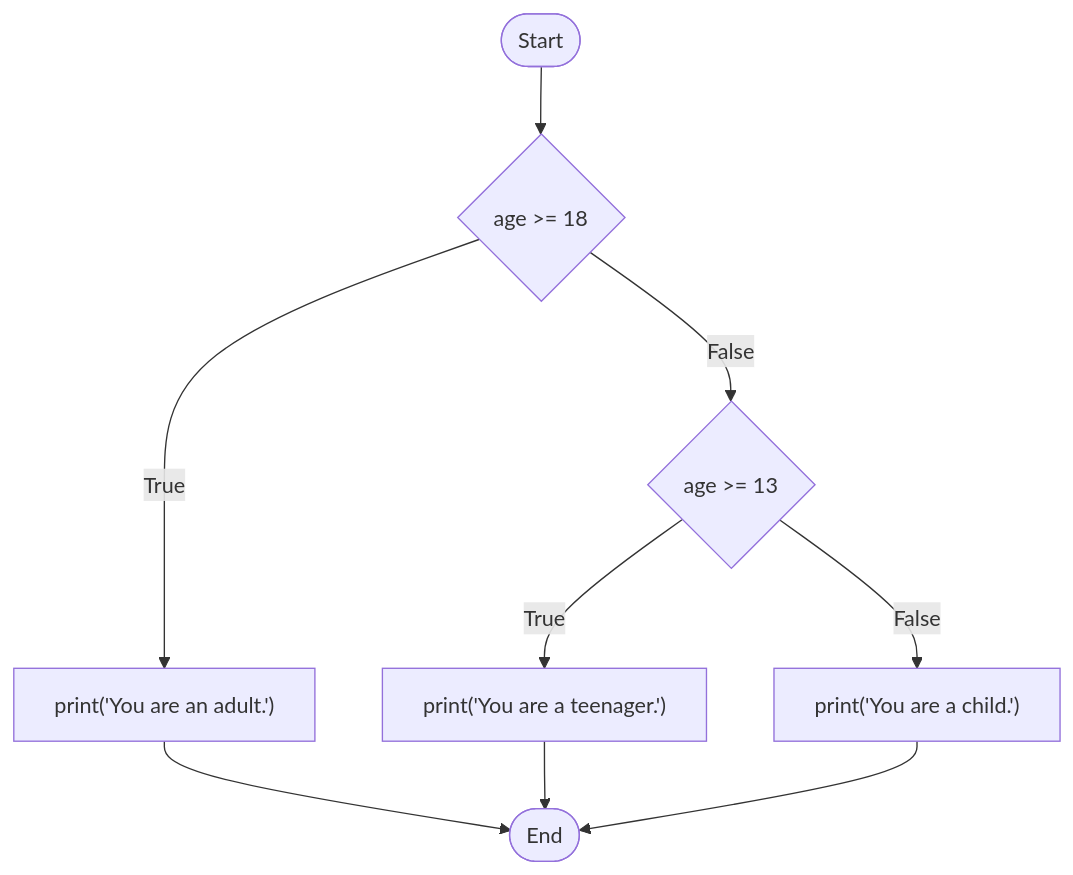
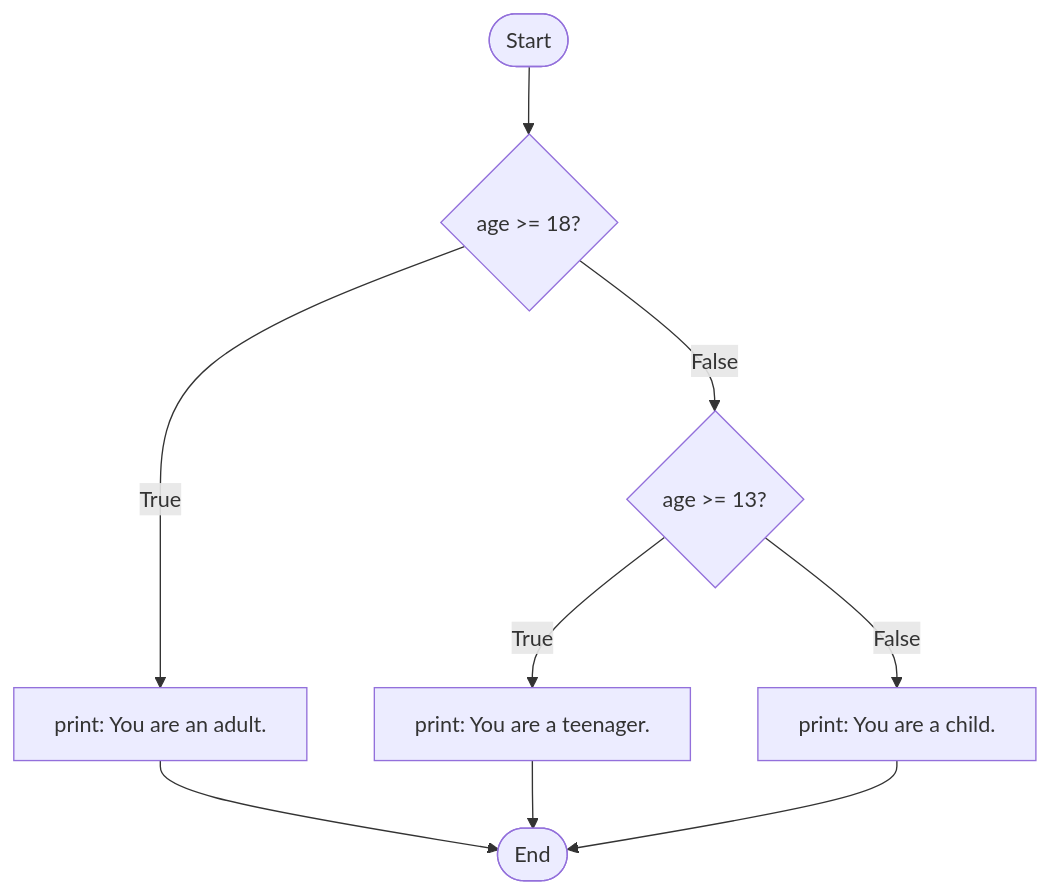
One commit to kevinju0827/Python-Zero-to-One changed the diagram in M03ConditionalLogic/README.md. Above: the diagram before and after it, drawn with Mermaid. The commit also changed other lines of this file and 49 other files, not shown here.

````diff
--- a/M03ConditionalLogic/README.md
+++ b/M03ConditionalLogic/README.md
@@ -45,15 +68,11 @@
 ```mermaid
 graph TD
-    Start([Start]) --> CheckIf{"age >= 18"}
-    
-    CheckIf -- True --> Adult["print('You are an adult.')"]
-    CheckIf -- False --> CheckElif{"age >= 13"}
-    
-    CheckElif -- True --> Teen["print('You are a teenager.')"]
-    CheckElif -- False --> Child["print('You are a child.')"]
-    
-    Adult --> Finish([End])
-    Teen --> Finish
-    Child --> Finish
-
+    Start([Start]) --> A{"age >= 18?"}
+    A -- True --> B["print: You are an adult."]
+    A -- False --> C{"age >= 13?"}
+    C -- True --> D["print: You are a teenager."]
+    C -- False --> E["print: You are a child."]
+    B --> End([End])
+    D --> End
+    E --> End
 ```
````
